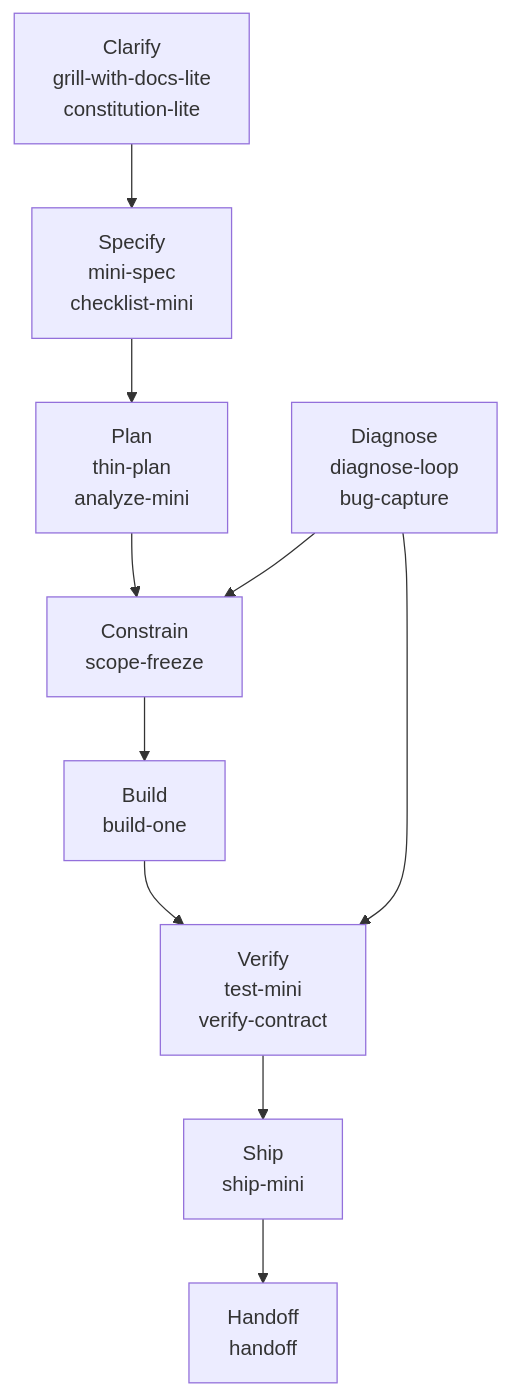
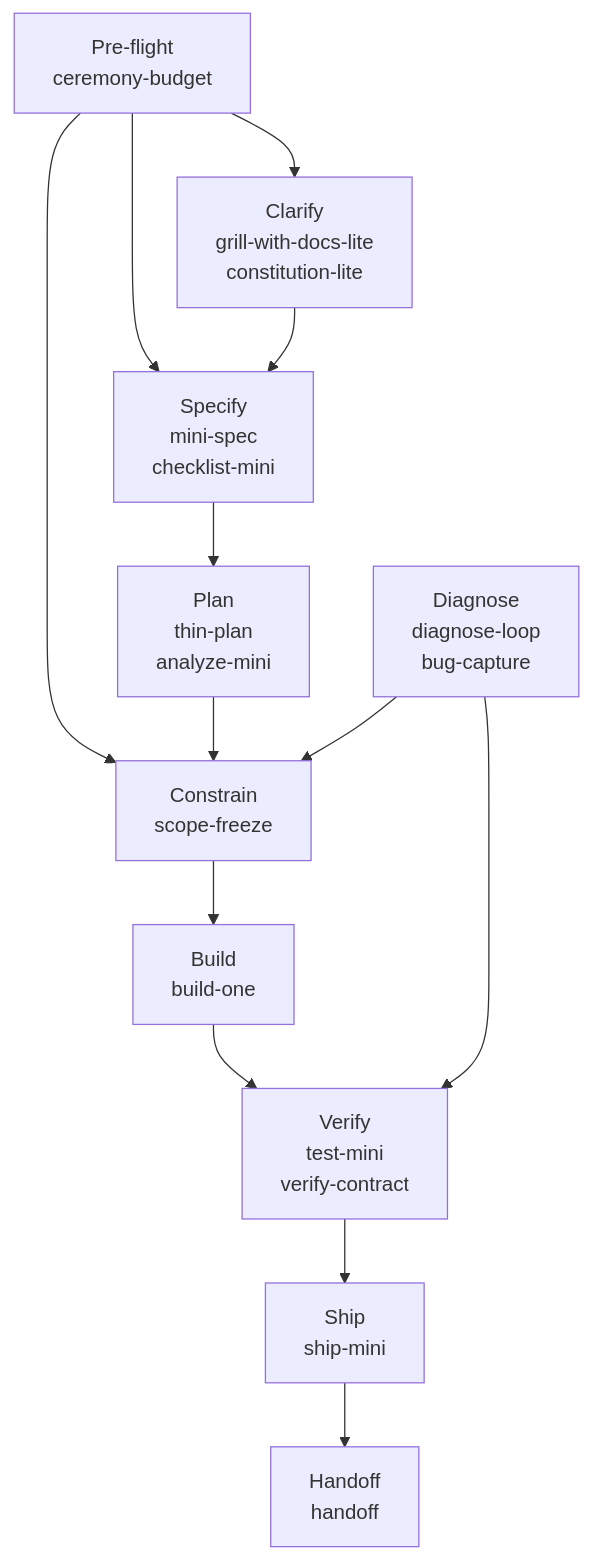
One commit to tmusser/ai-engineering-skills changed the first of 2 diagrams in docs/skill-map.md. Above: the diagram before and after it, drawn with Mermaid. The commit also changed other lines of this file and 8 other files, not shown here.

Commit message:
add ceremony-budget routing skill

````diff
--- a/docs/skill-map.md
+++ b/docs/skill-map.md
@@ -7,12 +7,15 @@
 ```mermaid
 flowchart TD
-  A["Clarify<br/>grill-with-docs-lite<br/>constitution-lite"] --> B["Specify<br/>mini-spec<br/>checklist-mini"]
-  B --> C["Plan<br/>thin-plan<br/>analyze-mini"]
-  C --> D["Constrain<br/>scope-freeze"]
-  D --> E["Build<br/>build-one"]
-  E --> F["Verify<br/>test-mini<br/>verify-contract"]
-  F --> G["Ship<br/>ship-mini"]
-  G --> H["Handoff<br/>handoff"]
-  I["Diagnose<br/>diagnose-loop<br/>bug-capture"] --> D
-  I --> F
+  A["Pre-flight<br/>ceremony-budget"] --> B["Clarify<br/>grill-with-docs-lite<br/>constitution-lite"]
+  A --> C["Specify<br/>mini-spec<br/>checklist-mini"]
+  A --> D["Constrain<br/>scope-freeze"]
+  B --> C
+  C --> E["Plan<br/>thin-plan<br/>analyze-mini"]
+  E --> D
+  D --> F["Build<br/>build-one"]
+  F --> G["Verify<br/>test-mini<br/>verify-contract"]
+  G --> H["Ship<br/>ship-mini"]
+  H --> I["Handoff<br/>handoff"]
+  J["Diagnose<br/>diagnose-loop<br/>bug-capture"] --> D
+  J --> G
 ```
````
